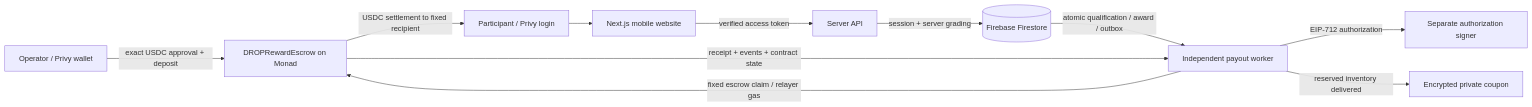
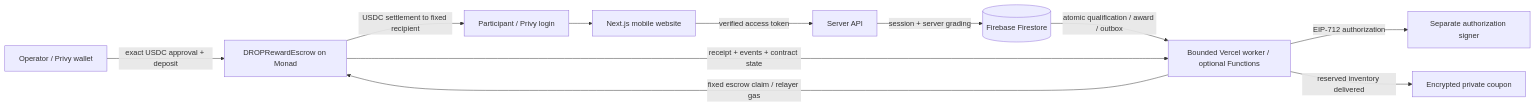
Before and after one commit to openai-lover/DROP: the diagram in docs/ARCHITECTURE.md, drawn with Mermaid. The commit also changed other lines of this file and 34 other files, not shown here.

````diff
--- a/docs/ARCHITECTURE.md
+++ b/docs/ARCHITECTURE.md
@@ -5,13 +7,13 @@
 ```mermaid
 flowchart LR
   O[Operator / Privy wallet] -->|exact USDC approval + deposit| E[DROPRewardEscrow on Monad]
   P[Participant / Privy login] --> W[Next.js mobile website]
   W -->|verified access token| A[Server API]
   A -->|session + server grading| D[(Firebase Firestore)]
-  D -->|atomic qualification / award / outbox| Q[Independent payout worker]
+  D -->|atomic qualification / award / outbox| Q[Bounded Vercel worker / optional Functions]
   Q -->|EIP-712 authorization| S[Separate authorization signer]
   Q -->|fixed escrow claim / relayer gas| E
   E -->|USDC settlement to fixed recipient| P
   Q -->|reserved inventory delivered| C[Encrypted private coupon]
   E -->|receipt + events + contract state| Q
 ```
````
